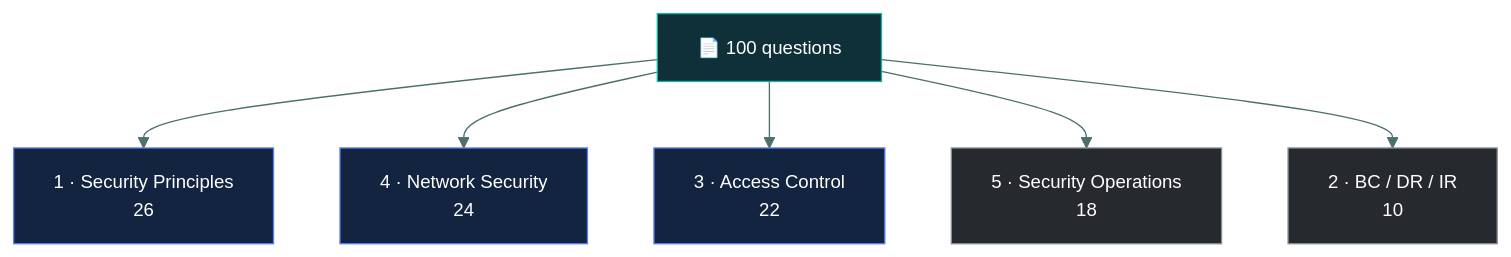
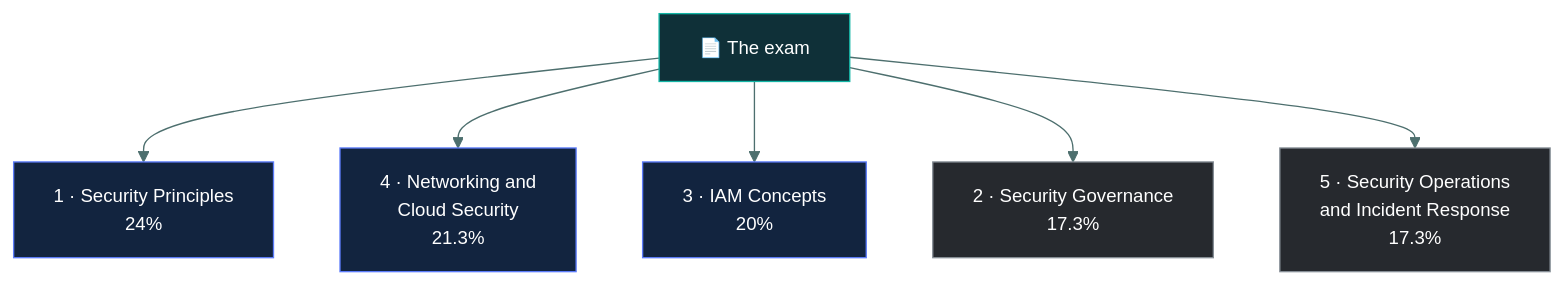
The diagram in 00-foundations/the-five-domains/README.md (tarunTejaDesireddy/cc-exam-prep), drawn with Mermaid before and after one commit. The commit also changed other lines of this file and 3 other files, not shown here.

````diff
--- a/00-foundations/the-five-domains/README.md
+++ b/00-foundations/the-five-domains/README.md
@@ -59,16 +74,16 @@
 ```mermaid
 %%{init: {'theme':'base','themeVariables':{'fontSize':'14px','lineColor':'#4d6f6e','textColor':'#dbe7e6'}}}%%
 flowchart TD
-    E["📄 100 questions"] --> D1["1 · Security Principles<br/>26"]
-    E --> D4["4 · Network Security<br/>24"]
-    E --> D3["3 · Access Control<br/>22"]
-    E --> D5["5 · Security Operations<br/>18"]
-    E --> D2["2 · BC / DR / IR<br/>10"]
+    E["📄 The exam"] --> D1["1 · Security Principles<br/>24%"]
+    E --> D4["4 · Networking and<br/>Cloud Security<br/>21.3%"]
+    E --> D3["3 · IAM Concepts<br/>20%"]
+    E --> D2["2 · Security Governance<br/>17.3%"]
+    E --> D5["5 · Security Operations<br/>and Incident Response<br/>17.3%"]
 
     style E fill:#0f3038,stroke:#12B5A5,color:#fff
     style D1 fill:#12243f,stroke:#5C7CFA,color:#fff
     style D4 fill:#12243f,stroke:#5C7CFA,color:#fff
     style D3 fill:#12243f,stroke:#5C7CFA,color:#fff
+    style D2 fill:#26292e,stroke:#868E96,color:#fff
     style D5 fill:#26292e,stroke:#868E96,color:#fff
-    style D2 fill:#26292e,stroke:#868E96,color:#fff
 ```
````
